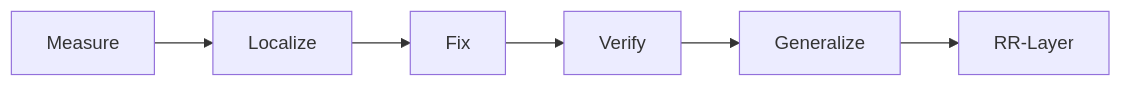
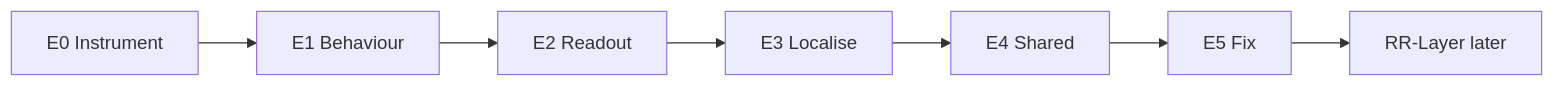
Before and after one commit to Adya6714/reasoning-reliability: the diagram in README.md, drawn with Mermaid. The commit also changed other lines of this file and 20 other files, not shown here.

First line of the commit message:
Organize docs: archive root sprawl and make programme_architecture the live hub.

````diff
--- a/README.md
+++ b/README.md
@@ -13,8 +20,9 @@
 ```mermaid
 flowchart LR
-  M[Measure] --> L[Localize]
-  L --> F[Fix]
-  F --> V[Verify]
-  V --> G[Generalize]
-  G --> FE[RR-Layer]
+  E0[E0 Instrument] --> E1[E1 Behaviour]
+  E1 --> E2[E2 Readout]
+  E2 --> E3[E3 Localise]
+  E3 --> E4[E4 Shared]
+  E4 --> E5[E5 Fix]
+  E5 --> Layer[RR-Layer later]
 ```
````
